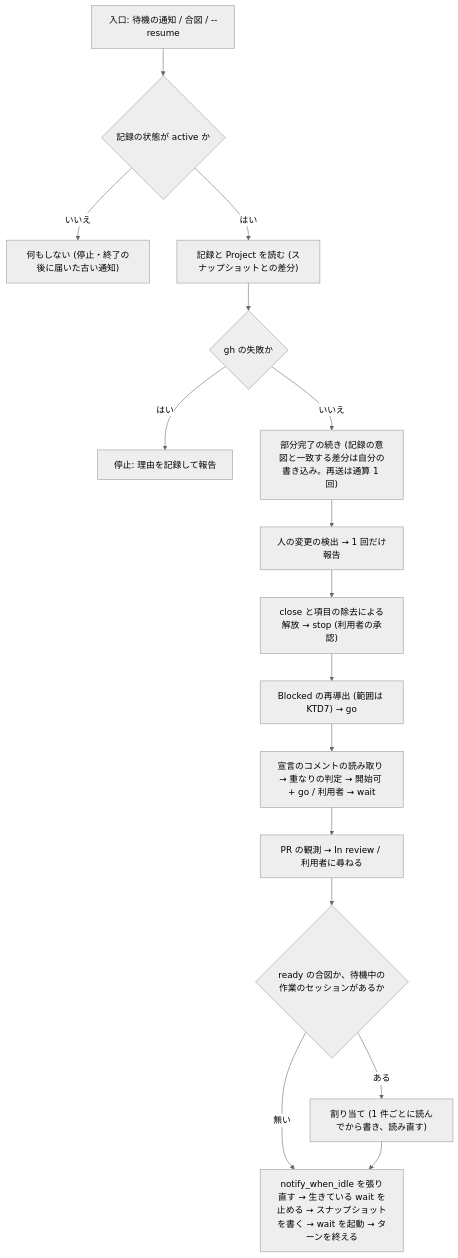
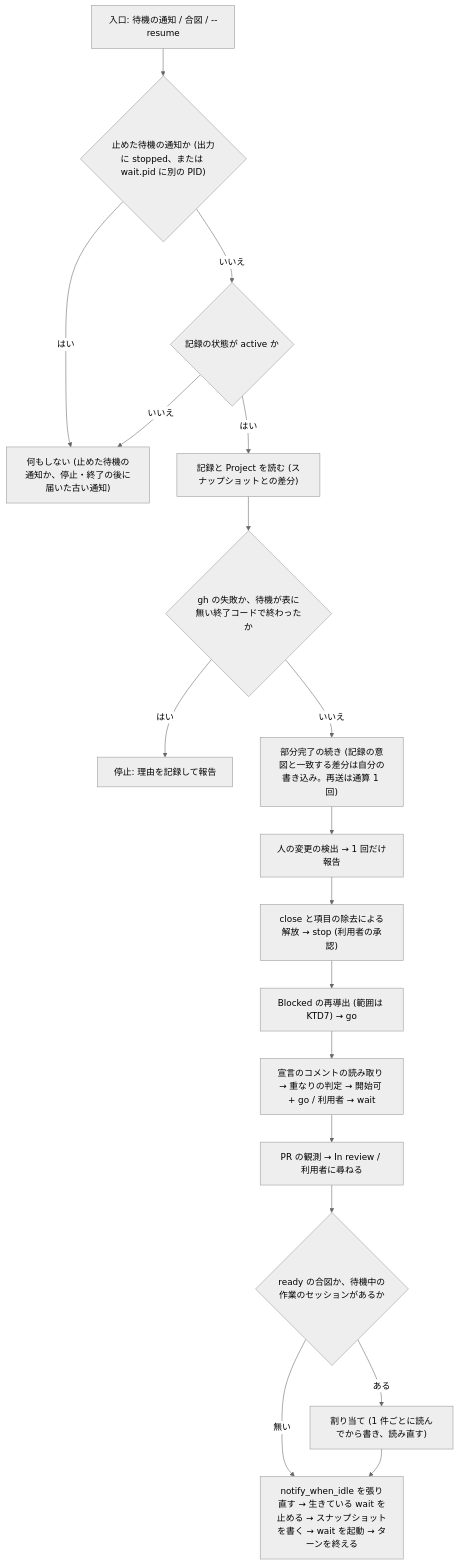
One commit to akm/claude-plugins changed the third of 3 diagrams in docs/plans/2026-10-06-2025-feat-issue-dispatch-plan.md. Above: the diagram before and after it, drawn with Mermaid (neutral theme). The commit also changed other lines of this file, not shown here.

````diff
--- a/docs/plans/2026-10-06-2025-feat-issue-dispatch-plan.md
+++ b/docs/plans/2026-10-06-2025-feat-issue-dispatch-plan.md
@@ -509,18 +516,20 @@
 ```mermaid
 flowchart TB
-  E["入口: 待機の通知 / 合図 / --resume"] --> ST{"記録の状態が active か"}
-  ST -- いいえ --> N["何もしない (停止・終了の後に届いた古い通知)"]
+  E["入口: 待機の通知 / 合図 / --resume"] --> SP{"止めた待機の通知か (出力に stopped、または wait.pid に別の PID)"}
+  SP -- はい --> N["何もしない (止めた待機の通知か、停止・終了の後に届いた古い通知)"]
+  SP -- いいえ --> ST{"記録の状態が active か"}
+  ST -- いいえ --> N
   ST -- はい --> R0["記録と Project を読む (スナップショットとの差分)"]
-  R0 --> X{"gh の失敗か"}
+  R0 --> X{"gh の失敗か、待機が表に無い終了コードで終わったか"}
   X -- はい --> S1["停止: 理由を記録して報告"]
   X -- いいえ --> Q["部分完了の続き (記録の意図と一致する差分は自分の書き込み。再送は通算 1 回)"]
   Q --> H["人の変更の検出 → 1 回だけ報告"]
   H --> C["close と項目の除去による解放 → stop (利用者の承認)"]
   C --> B["Blocked の再導出 (範囲は KTD7) → go"]
   B --> D["宣言のコメントの読み取り → 重なりの判定 → 開始可 + go / 利用者 → wait"]
   D --> P["PR の観測 → In review / 利用者に尋ねる"]
   P --> A{"ready の合図か、待機中の作業のセッションがあるか"}
   A -- ある --> AS["割り当て (1 件ごとに読んでから書き、読み直す)"]
   A -- 無い --> W
   AS --> W["notify_when_idle を張り直す → 生きている wait を止める → スナップショットを書く → wait を起動 → ターンを終える"]
 ```
````
